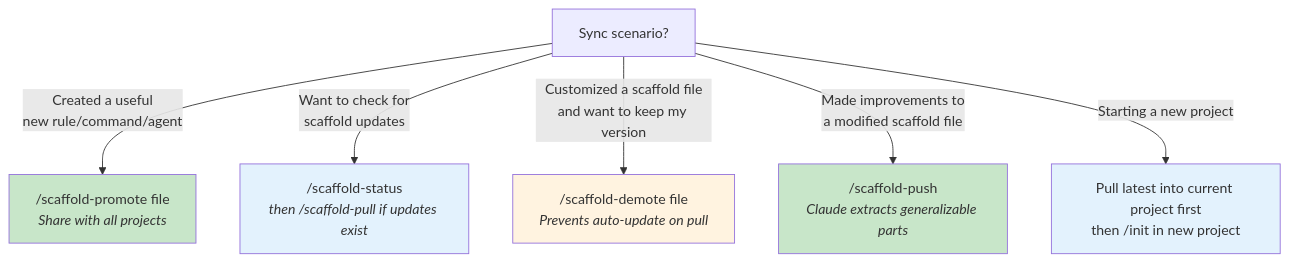
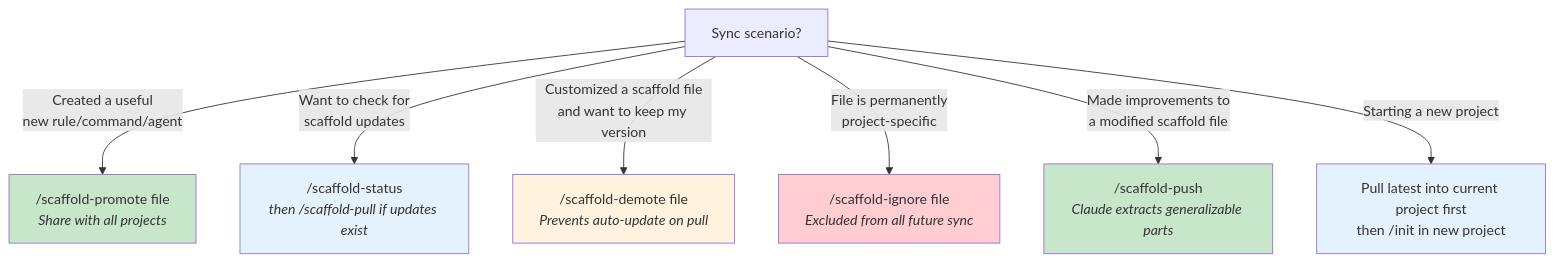
Diagram 18 of 18 in GUIDE.md (goldhaxx/fucina), drawn with Mermaid before and after one commit. The commit also changed other lines of this file and 26 other files, not shown here.

````diff
--- a/GUIDE.md
+++ b/GUIDE.md
@@ -824,16 +860,18 @@
 ```mermaid
 flowchart TD
     Q["Sync scenario?"]
 
     Q -->|"Created a useful<br/>new rule/command/agent"| PROMOTE["/scaffold-promote file<br/><i>Share with all projects</i>"]
     Q -->|"Want to check for<br/>scaffold updates"| STATUS["/scaffold-status<br/><i>then /scaffold-pull if updates exist</i>"]
     Q -->|"Customized a scaffold file<br/>and want to keep my version"| DEMOTE["/scaffold-demote file<br/><i>Prevents auto-update on pull</i>"]
+    Q -->|"File is permanently<br/>project-specific"| IGNORE["/scaffold-ignore file<br/><i>Excluded from all future sync</i>"]
     Q -->|"Made improvements to<br/>a modified scaffold file"| PUSH["/scaffold-push<br/><i>Claude extracts generalizable parts</i>"]
     Q -->|"Starting a new project"| PULL["Pull latest into current project first<br/>then /init in new project"]
 
     style PROMOTE fill:#c8e6c9
     style STATUS fill:#e3f2fd
     style DEMOTE fill:#fff3e0
+    style IGNORE fill:#ffcdd2
     style PUSH fill:#c8e6c9
     style PULL fill:#e3f2fd
 ```
````
